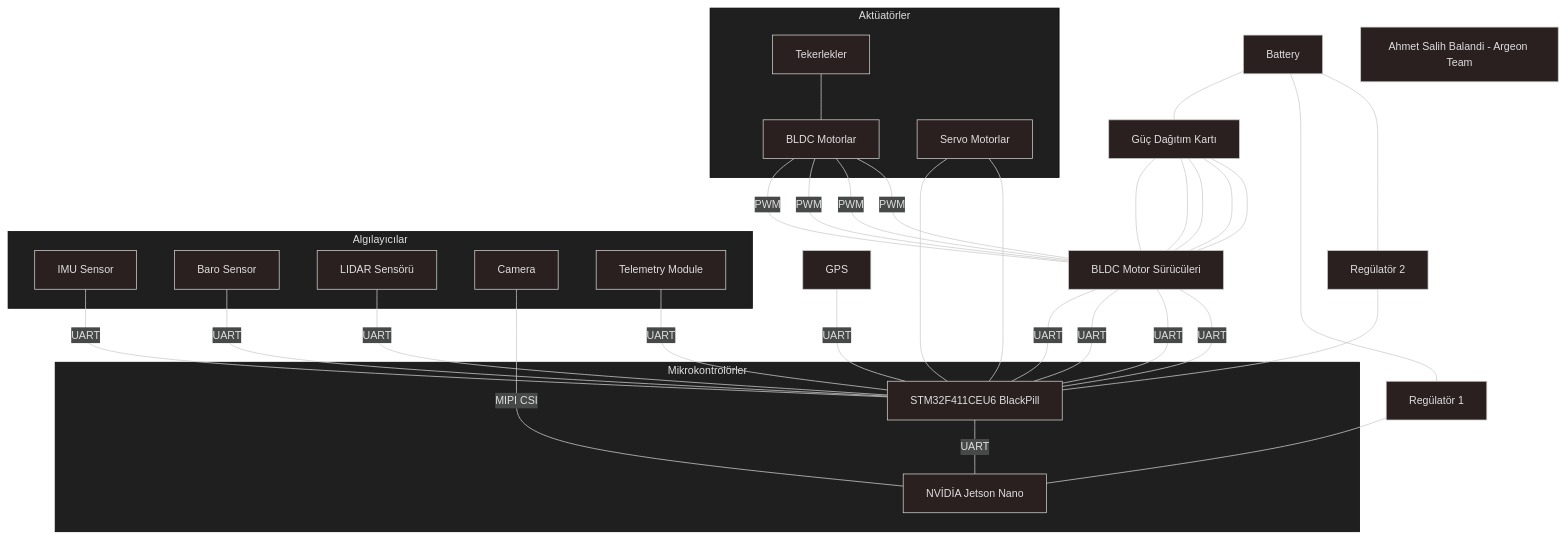
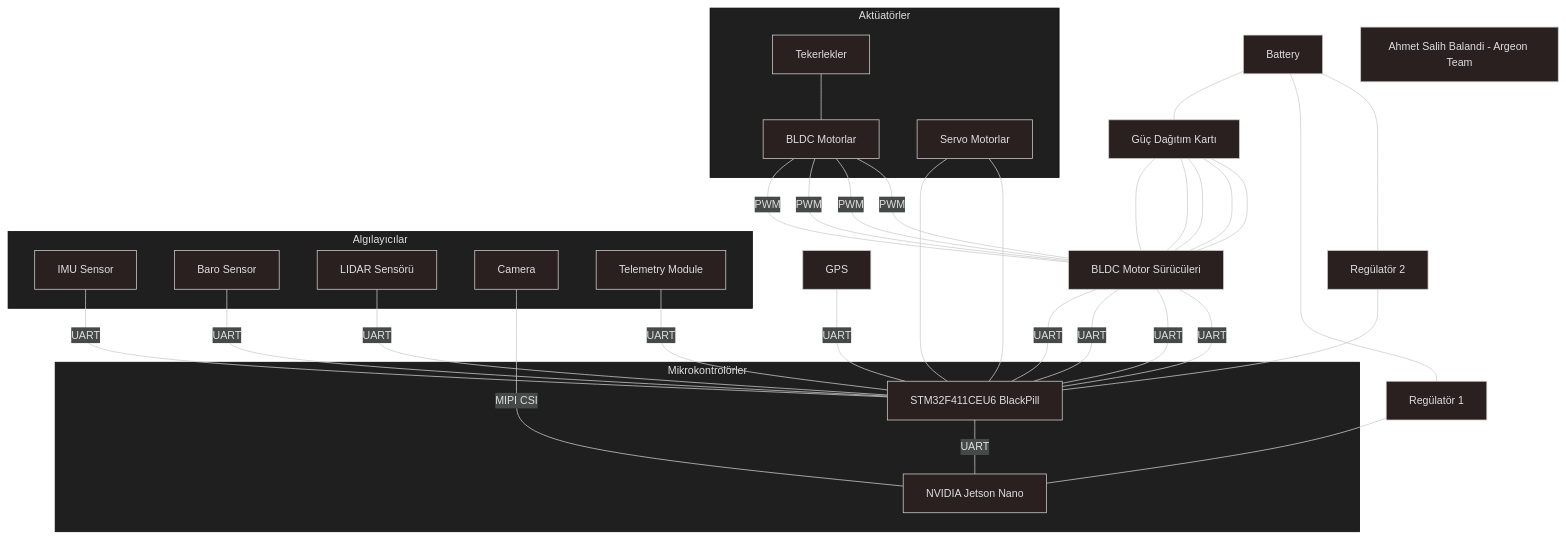
Before and after one commit to ahmetsalihbalandi/autopilot: the diagram in autopilot_diagram.md, drawn with Mermaid.

````diff
--- a/autopilot_diagram.md
+++ b/autopilot_diagram.md
@@ -1,40 +1,40 @@
 ```mermaid
 ---
 config:
   theme: neo-dark
 ---
 flowchart TD
  subgraph s1["Mikrokontrolörler"]
-        Jetson_Nano["NVİDİA Jetson Nano"]
+        Jetson_Nano["NVIDIA Jetson Nano"]
         STM["STM32F411CEU6 BlackPill"]
   end
  subgraph s2["Algılayıcılar"]
         IMU["IMU Sensor"]
         Baro["Baro Sensor"]
         LIDAR["LIDAR Sensörü"]
         Camera["Camera"]
         Telemetry["Telemetry Module"]
   end
  subgraph s3["Aktüatörler"]
         Motors["BLDC Motorlar"]
         sMotors["Servo Motorlar"]
 	teker["Tekerlekler"]
   end
     teker --- Motors -- PWM --- Drivers["BLDC Motor Sürücüleri"] & Drivers & Drivers & Drivers
     Battery --- Distributor["Güç Dağıtım Kartı"]
     Distributor & Distributor & Distributor & Distributor & Distributor --- Drivers
     Drivers -- UART --- STM & STM & STM & STM
     LIDAR -- UART --- STM
     IMU -- UART --- STM
     Baro -- UART --- STM
     Telemetry -- UART --- STM
     GPS -- UART --- STM
     Camera -- MIPI CSI --- Jetson_Nano
     STM -- UART --- Jetson_Nano
     Battery["Battery"] --- Regulator1["Regülatör 1"] & Regulator2["Regülatör 2"]
     Regulator1 --- Jetson_Nano
     Regulator2 --- STM
     sMotors --- STM & STM
 classDef footer fill:none,stroke:none,color:#000, font-style:italic;
 footer["Ahmet Salih Balandi - Argeon Team"]
 ```
````
